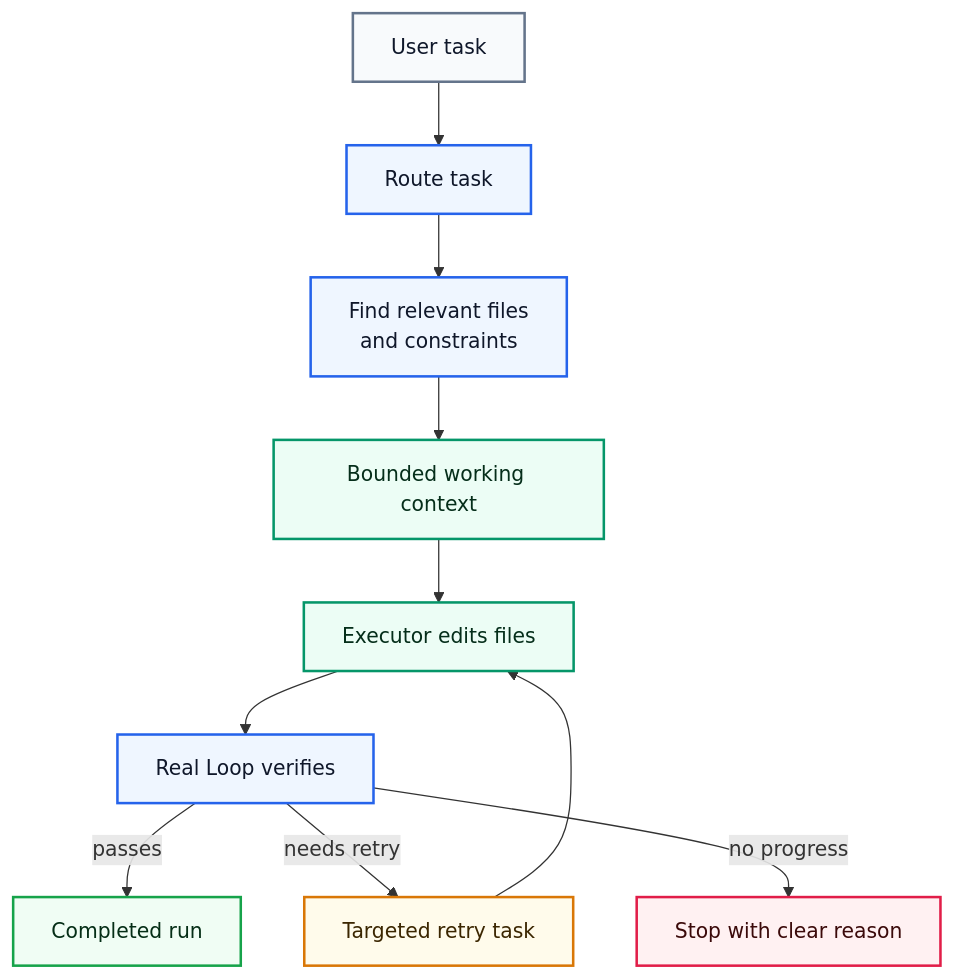
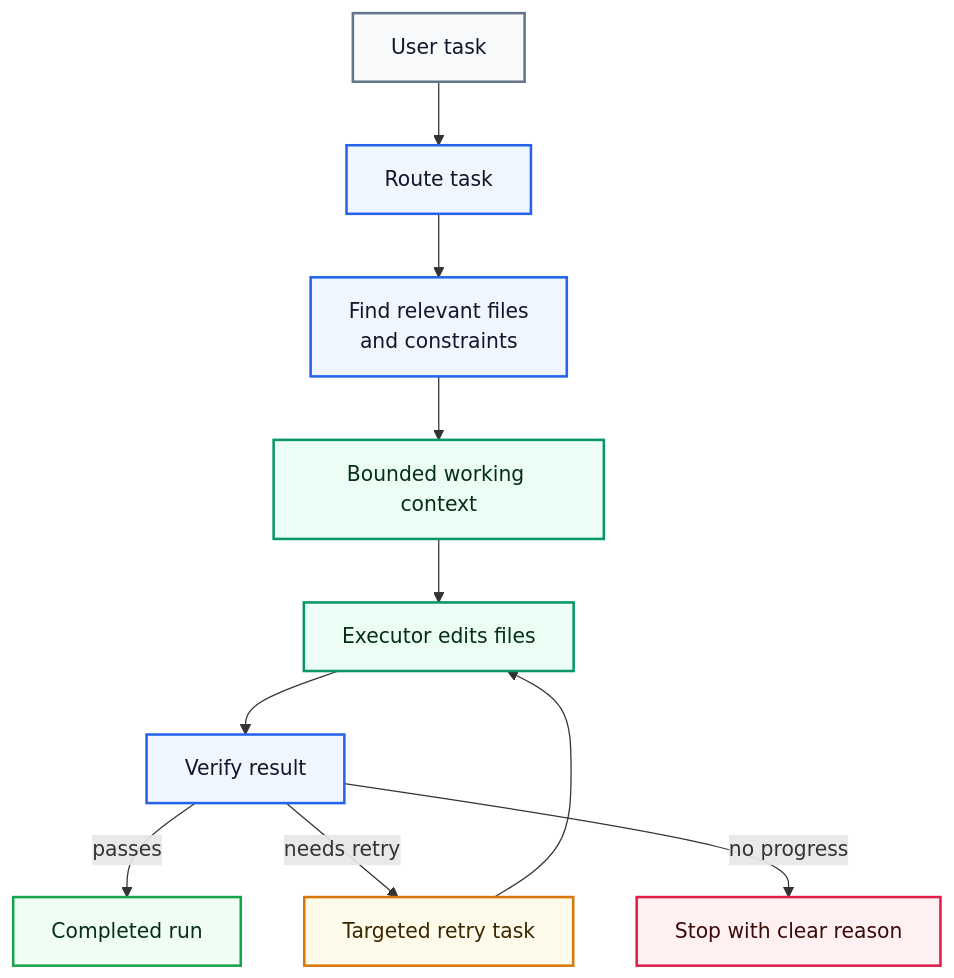
Before and after one commit to Patrice-Gaudicheau/sfe: the diagram in README.md, drawn with Mermaid.

Commit message:
docs: clarify README diagram verifier label

````diff
--- a/README.md
+++ b/README.md
@@ -35,27 +35,27 @@
 ```mermaid
 flowchart TB
     T["User task"] --> M["Route task"]
     M --> D["Find relevant files<br/>and constraints"]
     D --> B["Bounded working context"]
     B --> E["Executor edits files"]
-    E --> V["Real Loop verifies"]
+    E --> V["Verify result"]
 
     V -->|passes| OK["Completed run"]
     V -->|needs retry| R["Targeted retry task"]
     R --> E
     V -->|no progress| S["Stop with clear reason"]
 
     classDef input fill:#f8fafc,stroke:#64748b,stroke-width:2px,color:#0f172a
     classDef control fill:#eff6ff,stroke:#2563eb,stroke-width:2px,color:#0f172a
     classDef context fill:#ecfdf5,stroke:#059669,stroke-width:2px,color:#052e1a
     classDef loop fill:#fffbeb,stroke:#d97706,stroke-width:2px,color:#3b2600
     classDef success fill:#f0fdf4,stroke:#16a34a,stroke-width:2px,color:#052e16
     classDef stop fill:#fff1f2,stroke:#e11d48,stroke-width:2px,color:#3b0a0a
 
     class T input
     class M,D,V control
     class B,E context
     class R loop
     class OK success
     class S stop
 ```
````
